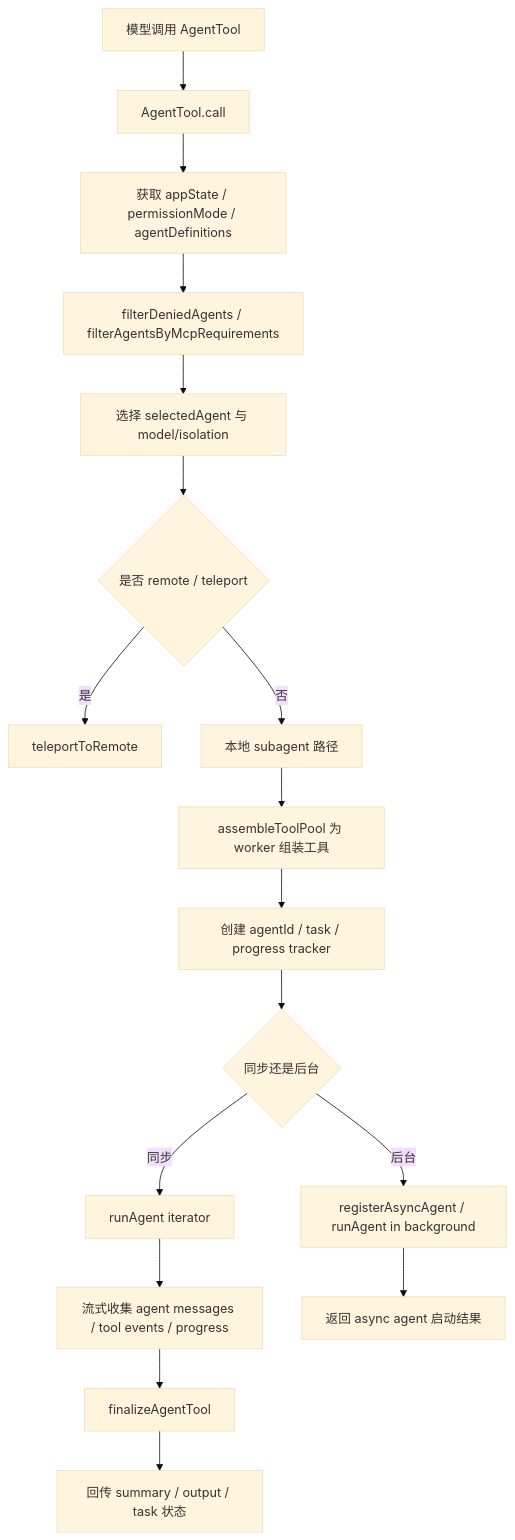
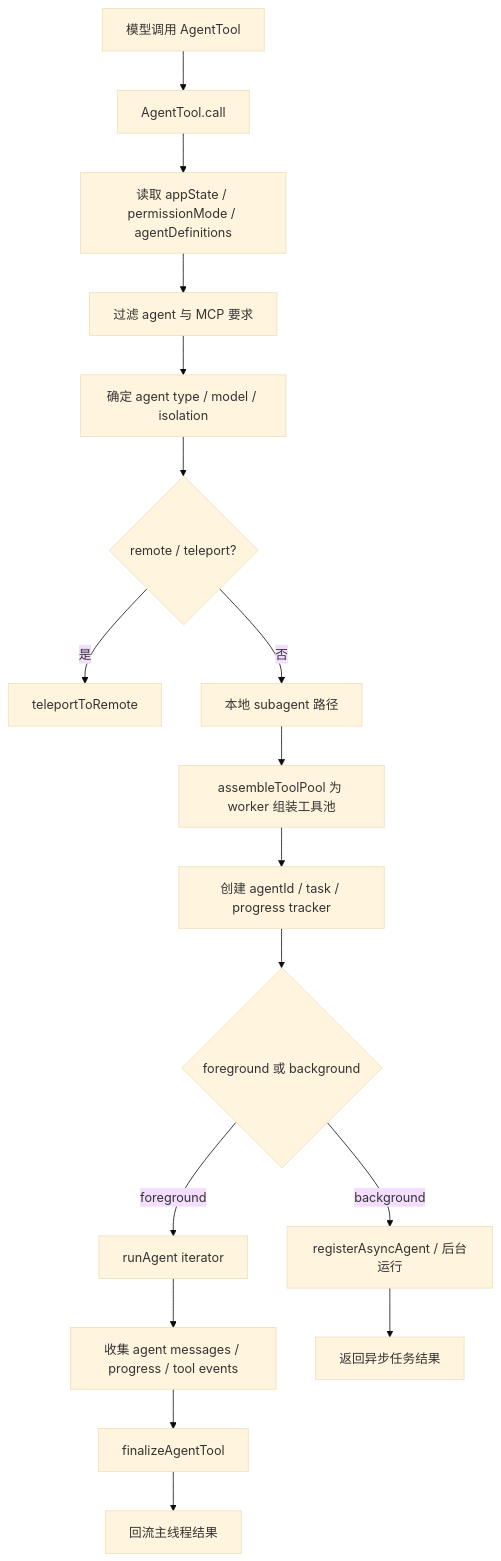
Before and after one commit to AICCer1/claude-code-analysis: the fifth of 5 diagrams in docs/07-main-loop-sequence-and-call-chains.md, drawn with Mermaid (base theme). The commit also changed other lines of this file and 8 other files, not shown here.

Commit message:
Rewrite core documents in a formal architecture-review style

````diff
--- a/docs/07-main-loop-sequence-and-call-chains.md
+++ b/docs/07-main-loop-sequence-and-call-chains.md
@@ -408,19 +277,19 @@
 ```mermaid
 flowchart TD
     A[模型调用 AgentTool] --> B[AgentTool.call]
-    B --> C[获取 appState / permissionMode / agentDefinitions]
-    C --> D[filterDeniedAgents / filterAgentsByMcpRequirements]
-    D --> E[选择 selectedAgent 与 model/isolation]
-    E --> F{是否 remote / teleport}
+    B --> C[读取 appState / permissionMode / agentDefinitions]
+    C --> D[过滤 agent 与 MCP 要求]
+    D --> E[确定 agent type / model / isolation]
+    E --> F{remote / teleport?}
     F -->|是| G[teleportToRemote]
     F -->|否| H[本地 subagent 路径]
-    H --> I[assembleToolPool 为 worker 组装工具]
+    H --> I[assembleToolPool 为 worker 组装工具池]
     I --> J[创建 agentId / task / progress tracker]
-    J --> K{同步还是后台}
-    K -->|后台| L[registerAsyncAgent / runAgent in background]
-    K -->|同步| M[runAgent iterator]
-    M --> N[流式收集 agent messages / tool events / progress]
-    L --> O[返回 async agent 启动结果]
+    J --> K{foreground 或 background}
+    K -->|background| L[registerAsyncAgent / 后台运行]
+    K -->|foreground| M[runAgent iterator]
+    M --> N[收集 agent messages / progress / tool events]
+    L --> O[返回异步任务结果]
     N --> P[finalizeAgentTool]
-    P --> Q[回传 summary / output / task 状态]
+    P --> Q[回流主线程结果]
 ```
````
